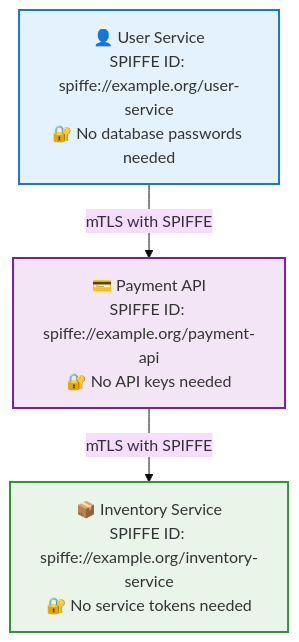
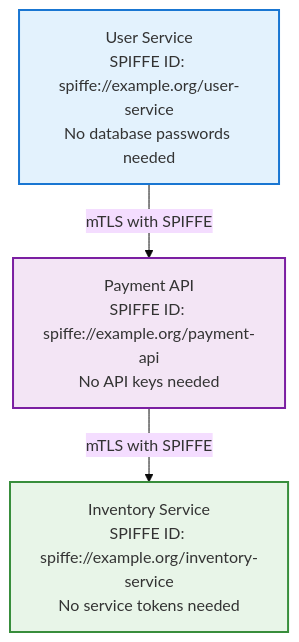
Before and after one commit to jfiser247/spire-dev: the diagram in README.md, drawn with Mermaid (base theme). The commit also changed 5 other files, not shown here.

First line of the commit message:
Fix Mermaid v10.4.0 compatibility issues across all documentation

````diff
--- a/README.md
+++ b/README.md
@@ -104,13 +104,13 @@
 ```mermaid
 graph TD
-    A["👤 User Service<br/>SPIFFE ID: spiffe://example.org/user-service<br/>🔐 No database passwords needed"]
-    B["💳 Payment API<br/>SPIFFE ID: spiffe://example.org/payment-api<br/>🔐 No API keys needed"]
-    C["📦 Inventory Service<br/>SPIFFE ID: spiffe://example.org/inventory-service<br/>🔐 No service tokens needed"]
+    A["User Service<br/>SPIFFE ID: spiffe://example.org/user-service<br/>No database passwords needed"]
+    B["Payment API<br/>SPIFFE ID: spiffe://example.org/payment-api<br/>No API keys needed"]
+    C["Inventory Service<br/>SPIFFE ID: spiffe://example.org/inventory-service<br/>No service tokens needed"]
     
     A -->|mTLS with SPIFFE| B
     B -->|mTLS with SPIFFE| C
     
     style A fill:#e3f2fd,stroke:#1976d2,stroke-width:2px
     style B fill:#f3e5f5,stroke:#7b1fa2,stroke-width:2px  
     style C fill:#e8f5e8,stroke:#388e3c,stroke-width:2px
 ```
````
